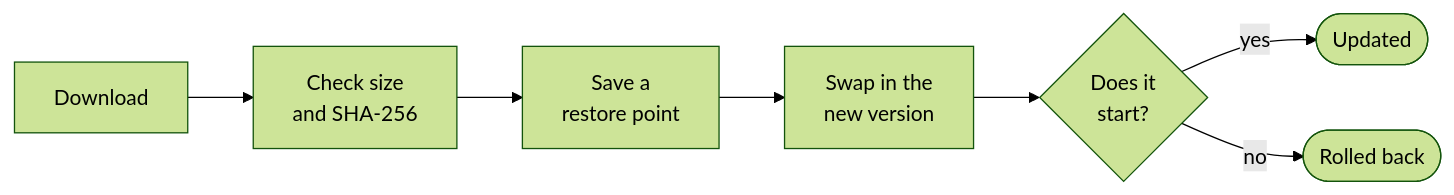
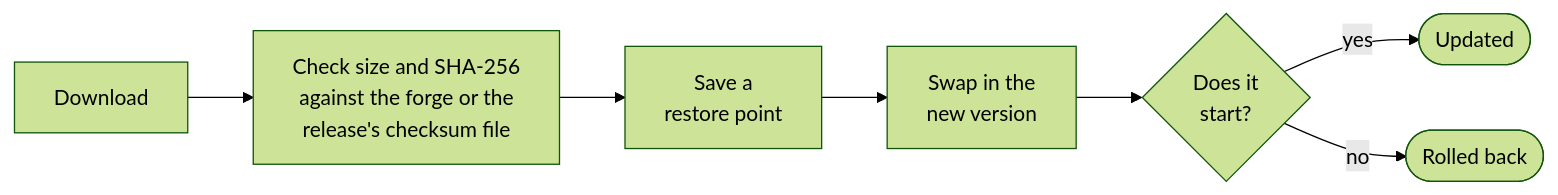
One commit to lcestou/upkeep changed the diagram in README.md. Above: the diagram before and after it, drawn with Mermaid (forest theme). The commit also changed 41 other files, not shown here.

First line of the commit message:
Check downloads against the release's checksum file, and hold a release whose file changed (#87)

````diff
--- a/README.md
+++ b/README.md
@@ -132,9 +132,9 @@
 ```mermaid
 flowchart LR
-  A[Download] --> B[Check size<br>and SHA-256]
+  A[Download] --> B[Check size and SHA-256<br>against the forge or the<br>release's checksum file]
   B --> C[Save a<br>restore point]
   C --> D[Swap in the<br>new version]
   D --> E{Does it<br>start?}
   E -- yes --> F([Updated])
   E -- no --> G([Rolled back])
 ```
````
